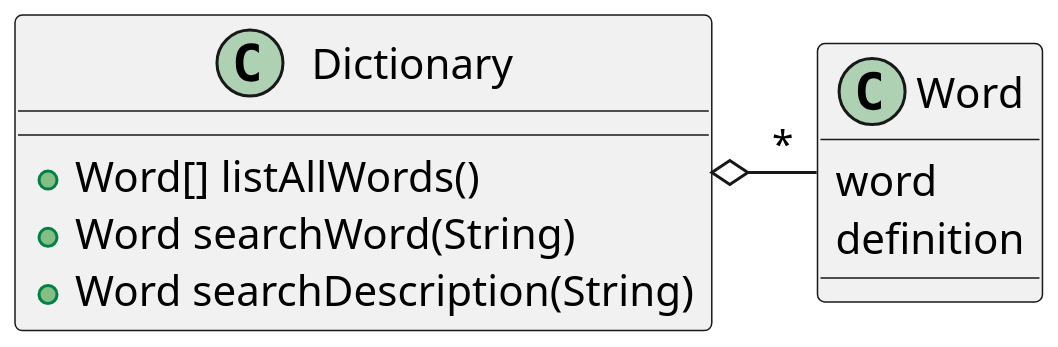
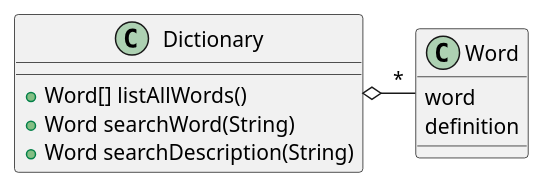
One commit to bth-dipt-teaching/PA1458-OO-Design changed the fourth of 8 diagrams in Lectures/07_Design_to_Code.org. Above: the diagram before and after it, drawn with PlantUML. The commit also changed other lines of this file and 15 other files, not shown here.

```diff
--- a/Lectures/07_Design_to_Code.org
+++ b/Lectures/07_Design_to_Code.org
@@ -115,9 +117,9 @@
 #+BEGIN_SRC plantuml :file FDictionaryConceptual.png
-scale 2
+'scale 2
 Dictionary o- "*" Word
 Word : word
 Word : definition
 Dictionary : +Word[] listAllWords()
 Dictionary : +Word searchWord(String)
 Dictionary : +Word searchDescription(String)
 #+END_SRC
```
